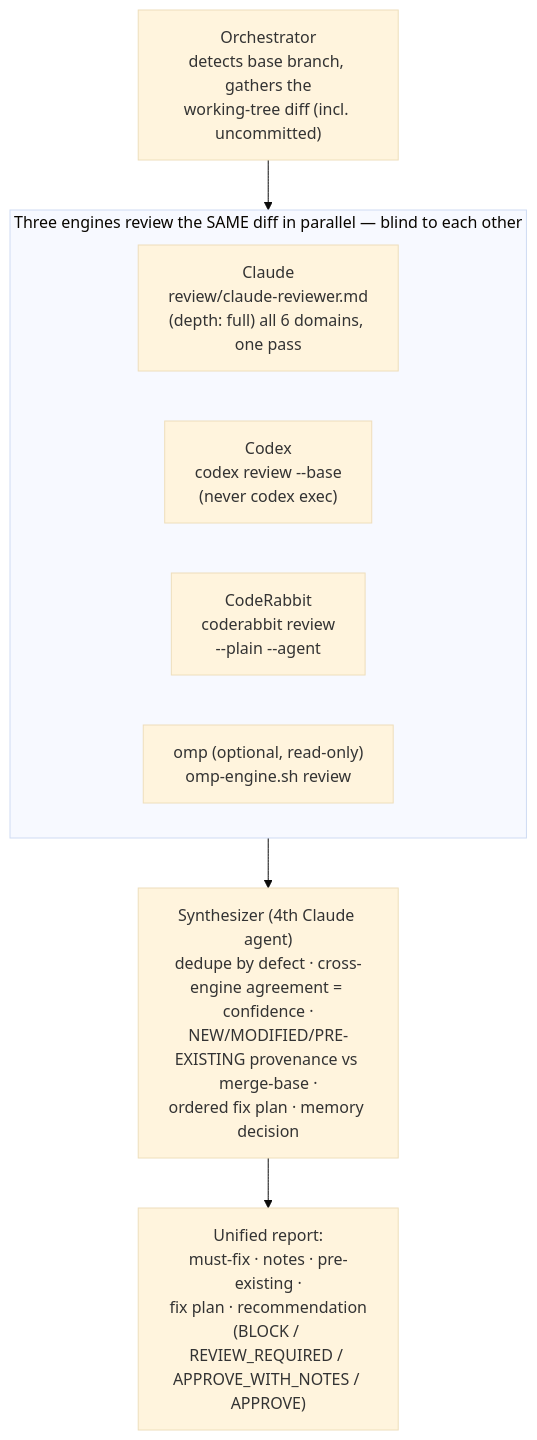
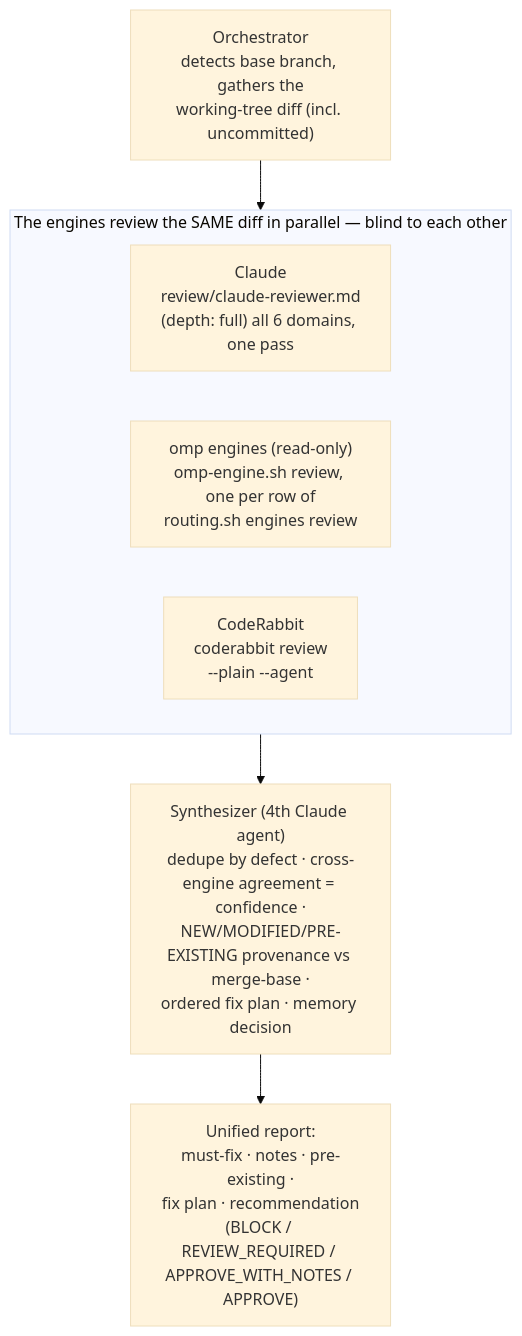
Before and after one commit to nodera-studio/agent-os: the diagram in agents/review-implementation/README.md, drawn with Mermaid (base theme). The commit also changed other lines of this file and 2 other files, not shown here.

First line of the commit message:
Move the review-implementation block to the omp roster

````diff
--- a/agents/review-implementation/README.md
+++ b/agents/review-implementation/README.md
@@ -7,16 +8,15 @@
 ```mermaid
 flowchart TD
     O["Orchestrator<br/>detects base branch, gathers the<br/>working-tree diff (incl. uncommitted)"] --> ENGINES
 
-    subgraph ENGINES["Three engines review the SAME diff in parallel — blind to each other"]
+    subgraph ENGINES["The engines review the SAME diff in parallel — blind to each other"]
         direction LR
         E1["Claude<br/>review/claude-reviewer.md<br/>(depth: full) all 6 domains, one pass"]
-        E2["Codex<br/>codex review --base<br/>(never codex exec)"]
+        E2["omp engines (read-only)<br/>omp-engine.sh review, one per row of<br/>routing.sh engines review"]
         E3["CodeRabbit<br/>coderabbit review<br/>--plain --agent"]
-        E4["omp (optional, read-only)<br/>omp-engine.sh review"]
     end
 
     ENGINES --> SYN["Synthesizer (4th Claude agent)<br/>dedupe by defect · cross-engine agreement = confidence ·<br/>NEW/MODIFIED/PRE-EXISTING provenance vs merge-base ·<br/>ordered fix plan · memory decision"]
 
     SYN --> OUT["Unified report:<br/>must-fix · notes · pre-existing ·<br/>fix plan · recommendation<br/>(BLOCK / REVIEW_REQUIRED / APPROVE_WITH_NOTES / APPROVE)"]
 ```
````
